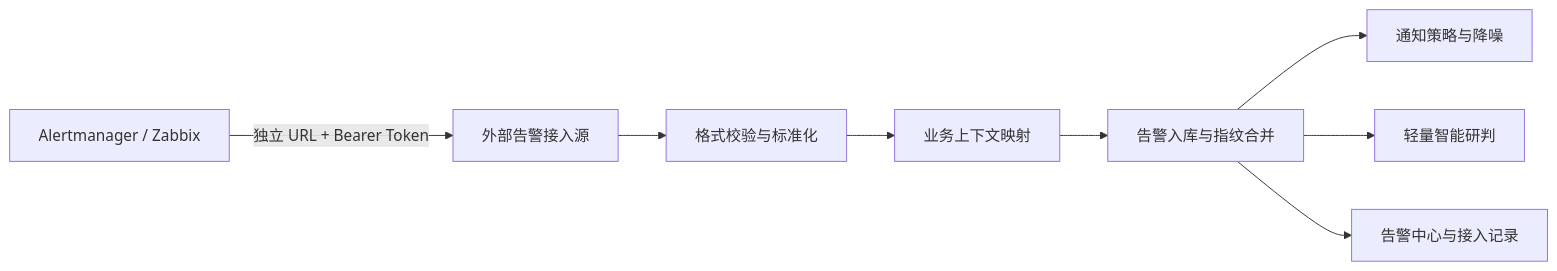
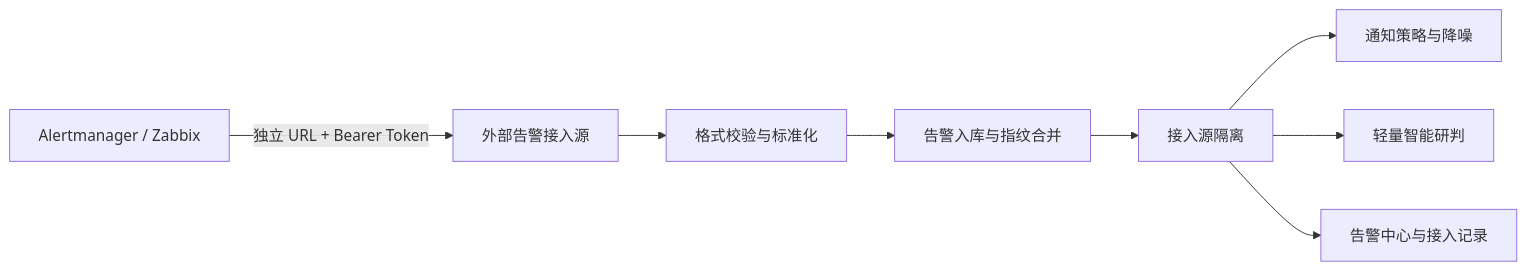
The diagram in docs/外部告警接入方案.md (zhang410781/xingcloud), drawn with Mermaid before and after one commit. The commit also changed other lines of this file and 13 other files, not shown here.

````diff
--- a/docs/外部告警接入方案.md
+++ b/docs/外部告警接入方案.md
@@ -9,10 +9,10 @@
 ```mermaid
 flowchart LR
     A[Alertmanager / Zabbix] -->|独立 URL + Bearer Token| B[外部告警接入源]
     B --> C[格式校验与标准化]
-    C --> D[业务上下文映射]
-    D --> E[告警入库与指纹合并]
+    C --> D[告警入库与指纹合并]
+    D --> E[接入源隔离]
     E --> F[通知策略与降噪]
     E --> G[轻量智能研判]
     E --> H[告警中心与接入记录]
 ```
````
